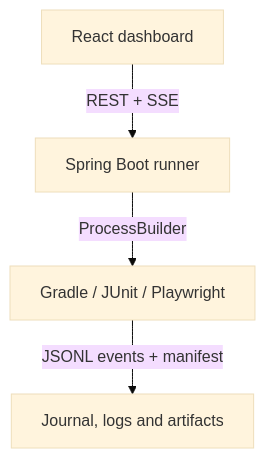
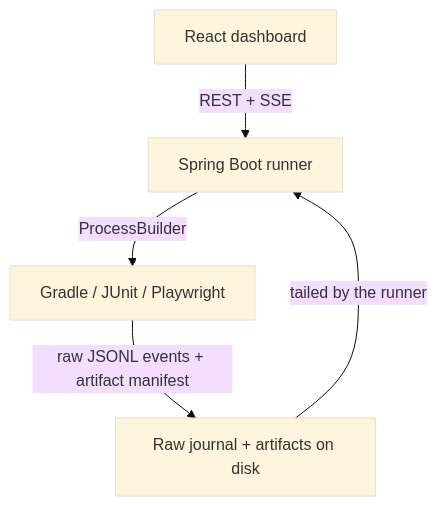
The diagram in README.md (NemanjaVlaisavljevic/playwright-automation-framework), drawn with Mermaid (base theme) before and after one commit. The commit also changed other lines of this file and 2 other files, not shown here.

````diff
--- a/README.md
+++ b/README.md
@@ -39,6 +41,7 @@
 ```mermaid
 flowchart TD
     A["React dashboard"] -->|"REST + SSE"| B["Spring Boot runner"]
     B -->|"ProcessBuilder"| C["Gradle / JUnit / Playwright"]
-    C -->|"JSONL events + manifest"| D["Journal, logs and artifacts"]
+    C -->|"raw JSONL events + artifact manifest"| S["Raw journal + artifacts on disk"]
+    S -->|"tailed by the runner"| B
 ```
````
